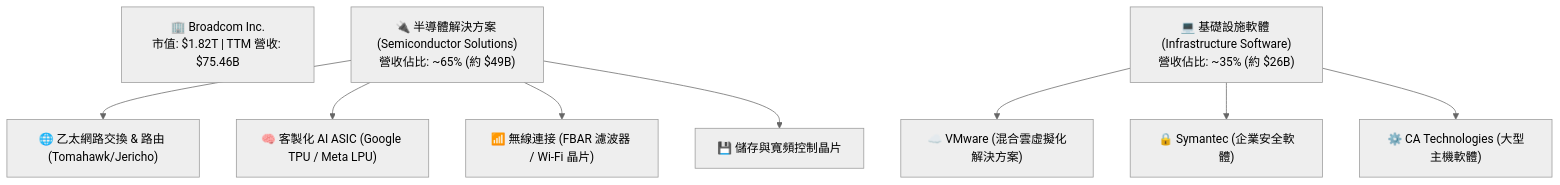
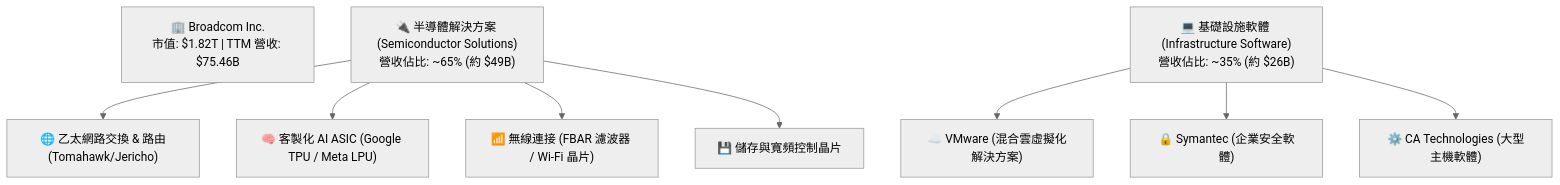
One commit to yennanliu/finance_data changed the second of 8 diagrams in ai_gen_report/stock/avgo/fundamental_analysis_2026-06-14_gemini.md. Above: the diagram before and after it, drawn with Mermaid (neutral theme). The commit also changed 2258 other files, not shown here.

First line of the commit message:
chore: backfill Mermaid syntax repair across existing reports

````diff
--- a/ai_gen_report/stock/avgo/fundamental_analysis_2026-06-14_gemini.md
+++ b/ai_gen_report/stock/avgo/fundamental_analysis_2026-06-14_gemini.md
@@ -132,16 +132,16 @@
 ```mermaid
 graph TD
     AVGO["🏢 Broadcom Inc.<br/>市值: $1.82T | TTM 營收: $75.46B"]
 
     semi["🔌 半導體解決方案 (Semiconductor Solutions)<br/>營收佔比: ~65% (約 $49B)"]
     soft["💻 基礎設施軟體 (Infrastructure Software)<br/>營收佔比: ~35% (約 $26B)"]
 
-    semi --> net["🌐 乙太網路交換 & 路由 (Tomahawk/Jericho)"]
+    semi --> net["🌐 乙太網路交換 & 路由(Tomahawk/Jericho)"]
     semi --> asic["🧠 客製化 AI ASIC (Google TPU / Meta LPU)"]
     semi --> wireless["📶 無線連接 (FBAR 濾波器 / Wi-Fi 晶片)"]
     semi --> storage["💾 儲存與寬頻控制晶片"]
 
     soft --> vmware["☁️ VMware (混合雲虛擬化解決方案)"]
     soft --> symantec["🔒 Symantec (企業安全軟體)"]
     soft --> ca["⚙️ CA Technologies (大型主機軟體)"]
 ```
````
